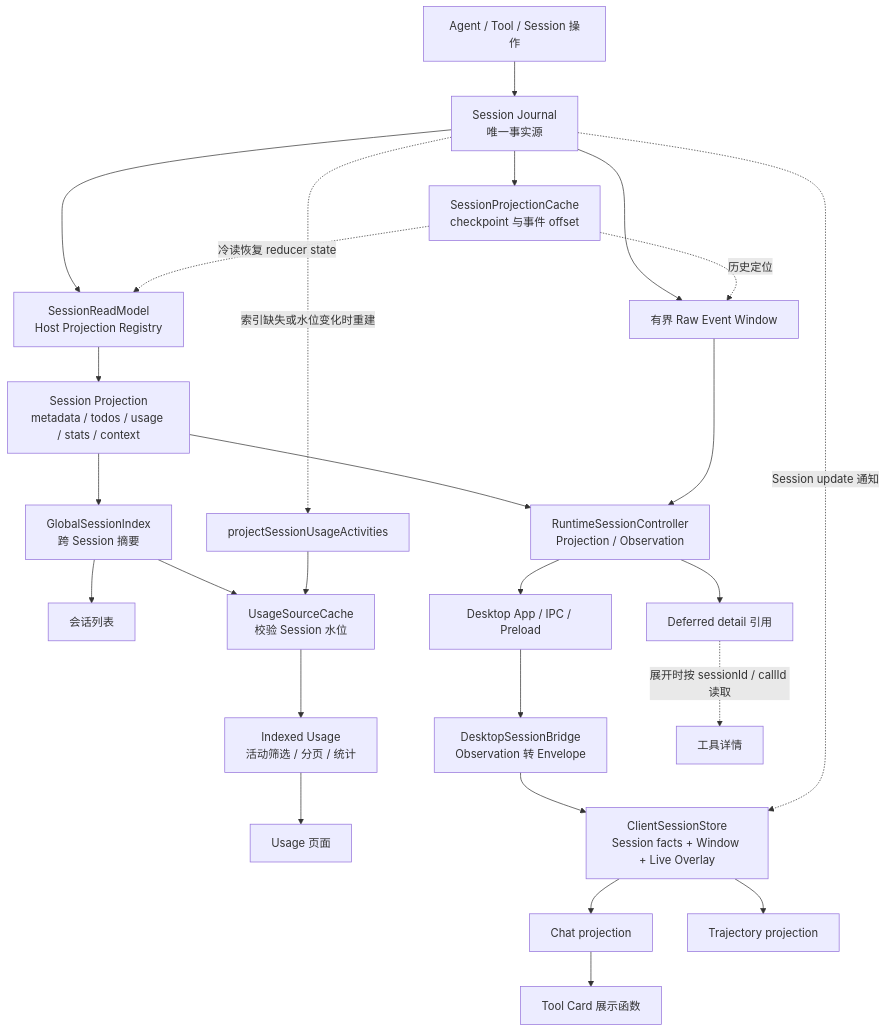
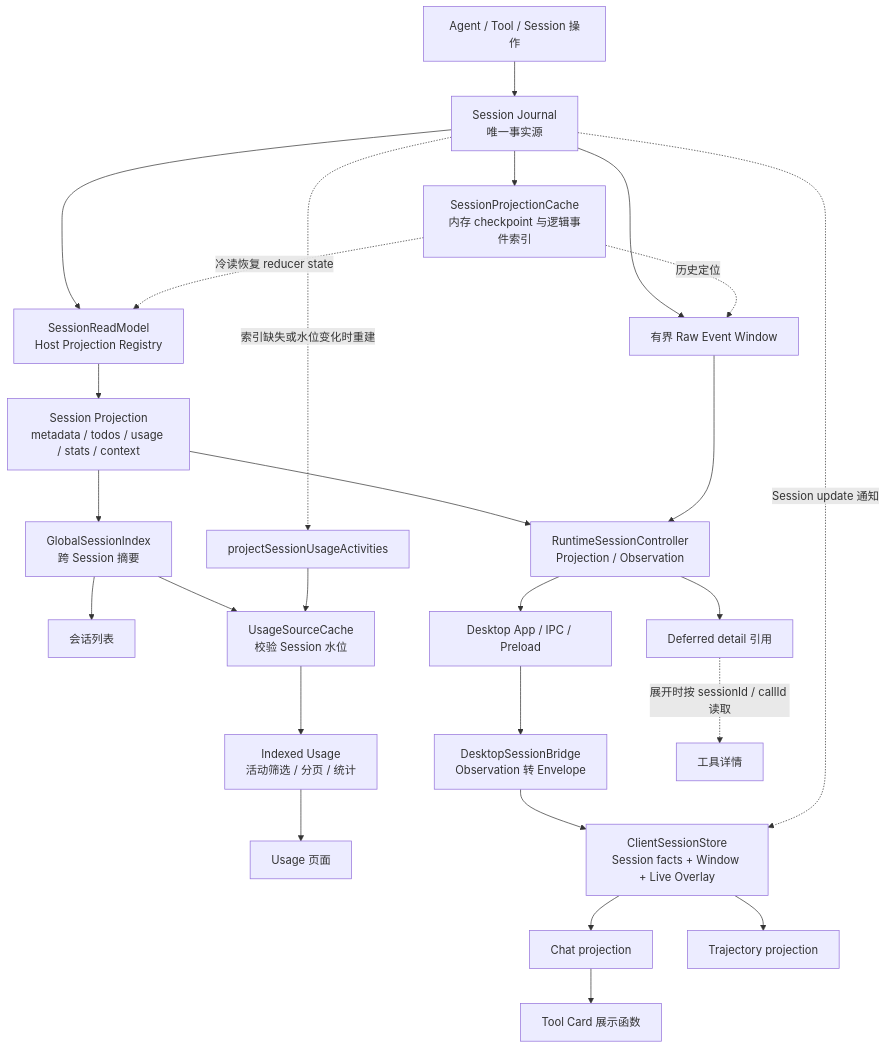
The diagram in docs/design-docs/agent-plugin-runtime/agent-session-three-read-models.md (WakeUp-Jin/actspace-agent), drawn with Mermaid before and after one commit. The commit also changed other lines of this file and 345 other files, not shown here.

````diff
--- a/docs/design-docs/agent-plugin-runtime/agent-session-three-read-models.md
+++ b/docs/design-docs/agent-plugin-runtime/agent-session-three-read-models.md
@@ -48,28 +48,28 @@
 ```mermaid
 flowchart TD
     A[Agent / Tool / Session 操作] --> J[Session Journal<br/>唯一事实源]
     J --> R[SessionReadModel<br/>Host Projection Registry]
-    J --> C[SessionProjectionCache<br/>checkpoint 与事件 offset]
+    J --> C[SessionProjectionCache<br/>内存 checkpoint 与逻辑事件索引]
     C -. 冷读恢复 reducer state .-> R
     R --> S[Session Projection<br/>metadata / todos / usage / stats / context]
     S --> G[GlobalSessionIndex<br/>跨 Session 摘要]
     G --> L[会话列表]
     G --> U[UsageSourceCache<br/>校验 Session 水位]
     J -. 索引缺失或水位变化时重建 .-> F[projectSessionUsageActivities]
     F --> U
     U --> I[Indexed Usage<br/>活动筛选 / 分页 / 统计]
     I --> US[Usage 页面]
     J --> W[有界 Raw Event Window]
     C -. 历史定位 .-> W
     S --> O[RuntimeSessionController<br/>Projection / Observation]
     W --> O
     O --> IPC[Desktop App / IPC / Preload]
     IPC --> B[DesktopSessionBridge<br/>Observation 转 Envelope]
     B --> CS[ClientSessionStore<br/>Session facts + Window + Live Overlay]
     J -. Session update 通知 .-> CS
     CS --> CH[Chat projection]
     CS --> TR[Trajectory projection]
     CH --> TC[Tool Card 展示函数]
     O --> D[Deferred detail 引用]
     D -. 展开时按 sessionId / callId 读取 .-> TD[工具详情]
 ```
````
